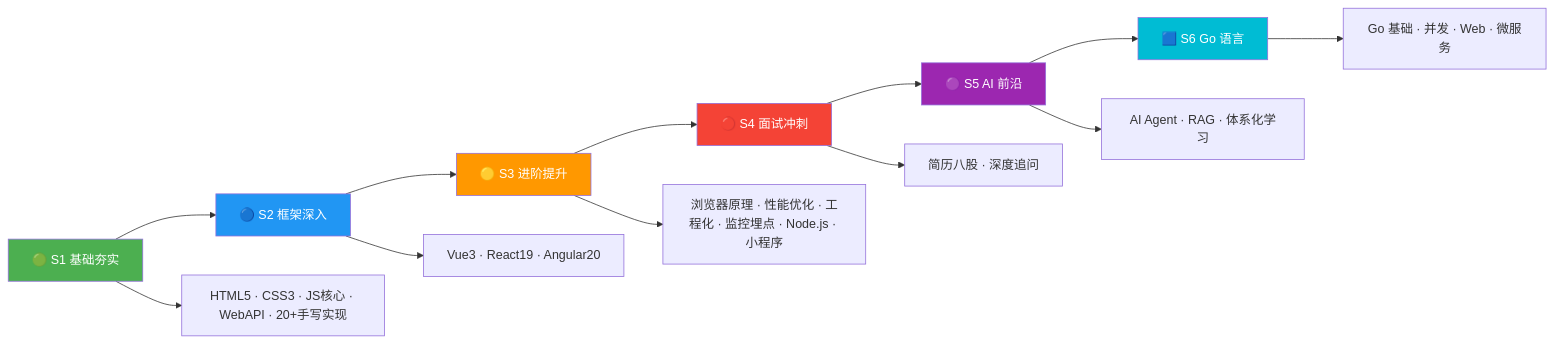
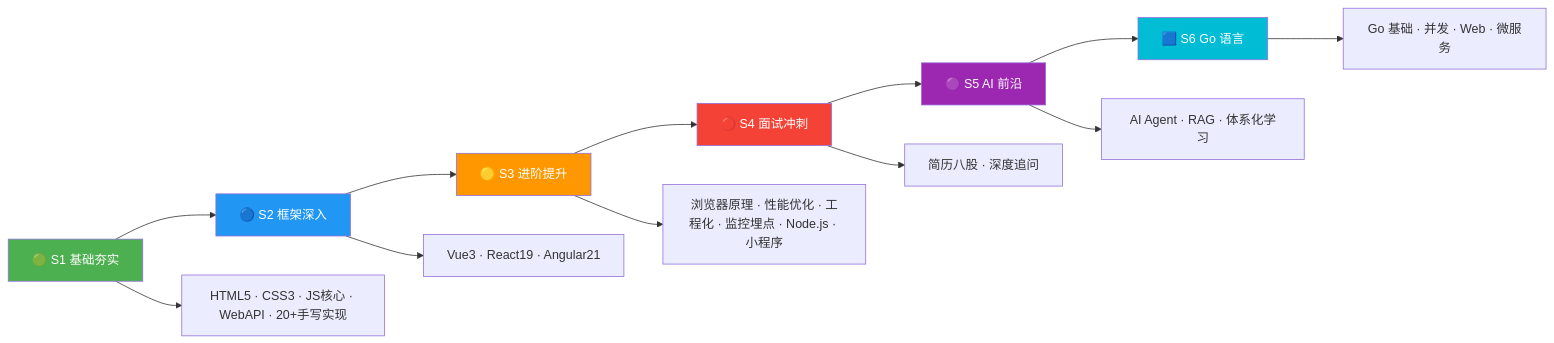
One commit to KMaybe01/common changed the diagram in index.md. Above: the diagram before and after it, drawn with Mermaid. The commit also changed other lines of this file and 25 other files, not shown here.

````diff
--- a/index.md
+++ b/index.md
@@ -49,20 +49,20 @@
 ```mermaid
 graph LR
     S1["🟢 S1 基础夯实"] --> S2["🔵 S2 框架深入"]
     S2 --> S3["🟡 S3 进阶提升"]
     S3 --> S4["🔴 S4 面试冲刺"]
     S4 --> S5["🟣 S5 AI 前沿"]
     S5 --> S6["🟦 S6 Go 语言"]
     S1 --> A["HTML5 · CSS3 · JS核心 · WebAPI · 20+手写实现"]
-    S2 --> B["Vue3 · React19 · Angular20"]
+    S2 --> B["Vue3 · React19 · Angular21"]
     S3 --> C["浏览器原理 · 性能优化 · 工程化 · 监控埋点 · Node.js · 小程序"]
     S4 --> D["简历八股 · 深度追问"]
     S5 --> E["AI Agent · RAG · 体系化学习"]
     S6 --> F["Go 基础 · 并发 · Web · 微服务"]
     style S1 fill:#4caf50,color:#fff
     style S2 fill:#2196f3,color:#fff
     style S3 fill:#ff9800,color:#fff
     style S4 fill:#f44336,color:#fff
     style S5 fill:#9c27b0,color:#fff
     style S6 fill:#00bcd4,color:#fff
 ```
````
